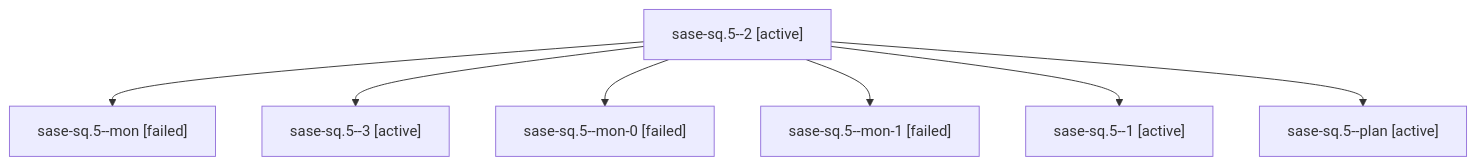
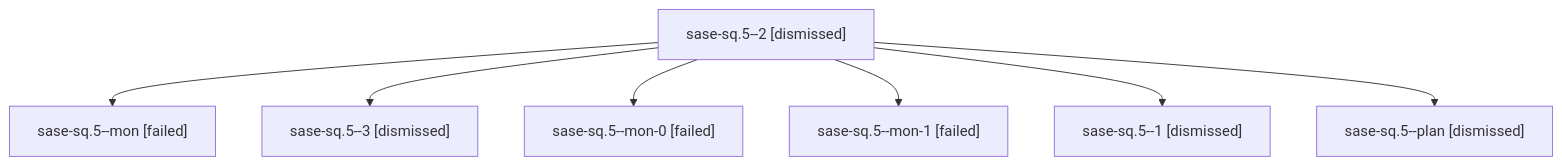
One commit to sase-org/sase--agents changed the diagram in sessions/bbugyi200.athena.sase-sq.5.md. Above: the diagram before and after it, drawn with Mermaid. The commit also changed other lines of this file and 189 other files, not shown here.

````diff
--- a/sessions/bbugyi200.athena.sase-sq.5.md
+++ b/sessions/bbugyi200.athena.sase-sq.5.md
@@ -9,16 +9,16 @@
 ```mermaid
 flowchart TD
-  n0["sase-sq.5--2 [active]"]
+  n0["sase-sq.5--2 [dismissed]"]
   n1["sase-sq.5--mon [failed]"]
   n0 --> n1
-  n2["sase-sq.5--3 [active]"]
+  n2["sase-sq.5--3 [dismissed]"]
   n0 --> n2
   n3["sase-sq.5--mon-0 [failed]"]
   n0 --> n3
   n4["sase-sq.5--mon-1 [failed]"]
   n0 --> n4
-  n5["sase-sq.5--1 [active]"]
+  n5["sase-sq.5--1 [dismissed]"]
   n0 --> n5
-  n6["sase-sq.5--plan [active]"]
+  n6["sase-sq.5--plan [dismissed]"]
   n0 --> n6
 ```
````
